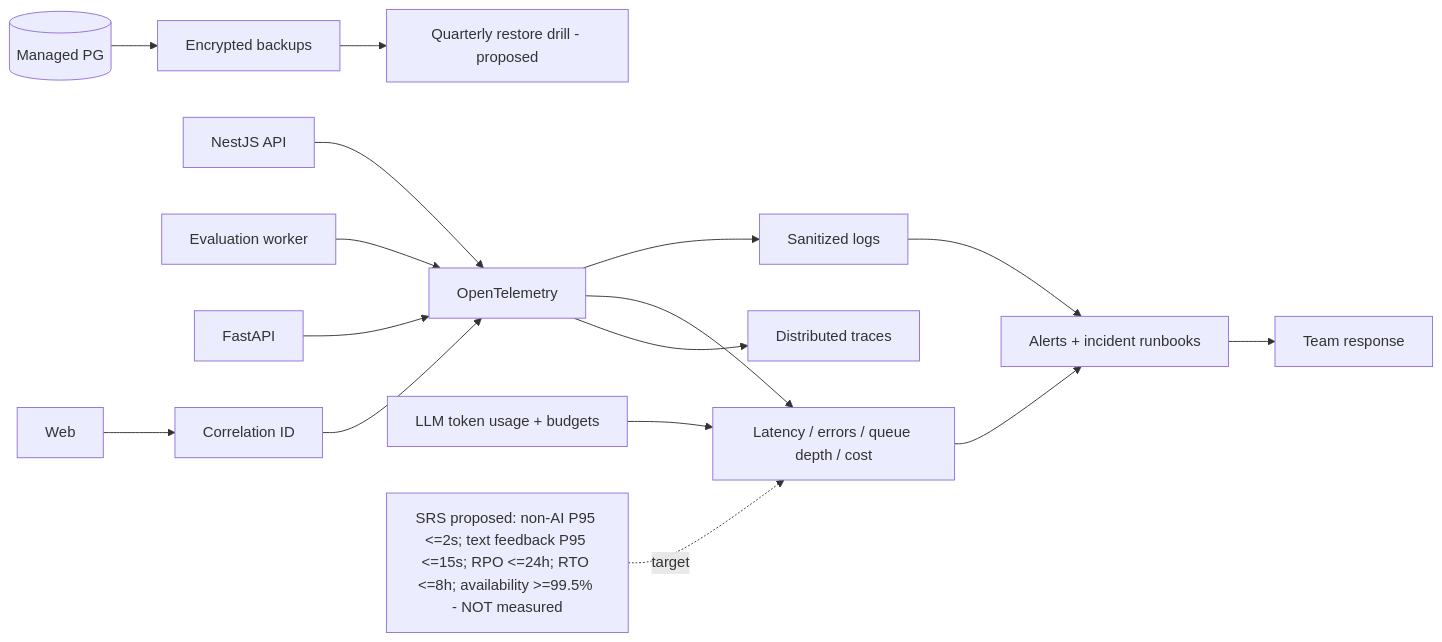
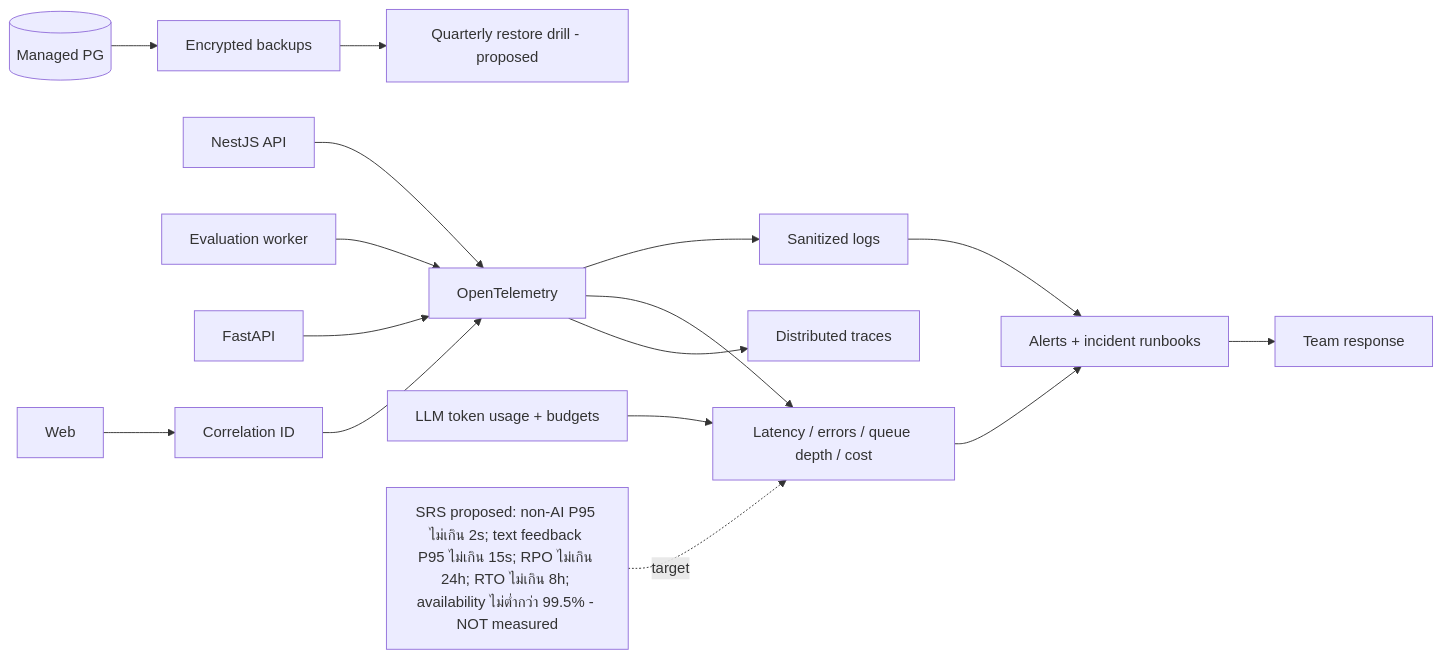
Diagram 17 of 19 in docs-interviex/03_SRS_Requirements/archive/v1.0_baseline/ALL_DIAGRAMS.md (Phoomss/interviewx-datahub), drawn with Mermaid before and after one commit. The commit also changed other lines of this file and 21 other files, not shown here.

Commit message:
fix error Unable to render rich display for all diagram

````diff
--- a/docs-interviex/03_SRS_Requirements/archive/v1.0_baseline/ALL_DIAGRAMS.md
+++ b/docs-interviex/03_SRS_Requirements/archive/v1.0_baseline/ALL_DIAGRAMS.md
@@ -492,18 +492,18 @@
 ```mermaid
 flowchart LR
  Web[Web] --> Trace[Correlation ID]
  API[NestJS API] --> OTel[OpenTelemetry]
  Worker[Evaluation worker] --> OTel
  AI[FastAPI] --> OTel
  Trace --> OTel
  OTel --> Logs[Sanitized logs]
  OTel --> Metrics[Latency / errors / queue depth / cost]
  OTel --> Traces[Distributed traces]
  Metrics --> Alerts[Alerts + incident runbooks]
  Logs --> Alerts
  PG[(Managed PG)] --> Backups[Encrypted backups]
  Backups --> Restore[Quarterly restore drill - proposed]
  Alerts --> Oncall[Team response]
  Cost[LLM token usage + budgets] --> Metrics
- Note["SRS proposed: non-AI P95 <=2s; text feedback P95 <=15s; RPO <=24h; RTO <=8h; availability >=99.5% - NOT measured"] -. target .-> Metrics
+ Note["SRS proposed: non-AI P95 ไม่เกิน 2s; text feedback P95 ไม่เกิน 15s; RPO ไม่เกิน 24h; RTO ไม่เกิน 8h; availability ไม่ต่ำกว่า 99.5% - NOT measured"] -.->|"target"| Metrics
 ```
````
